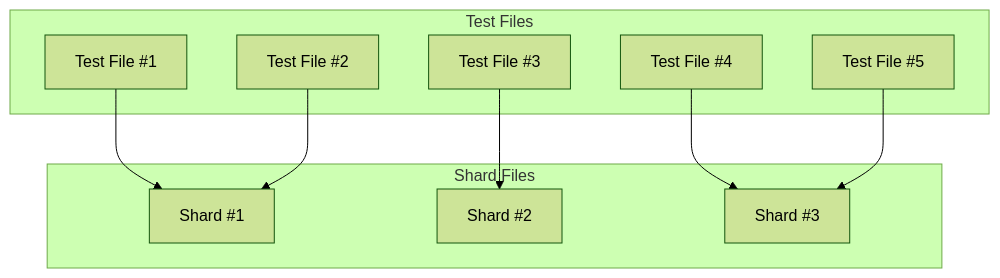
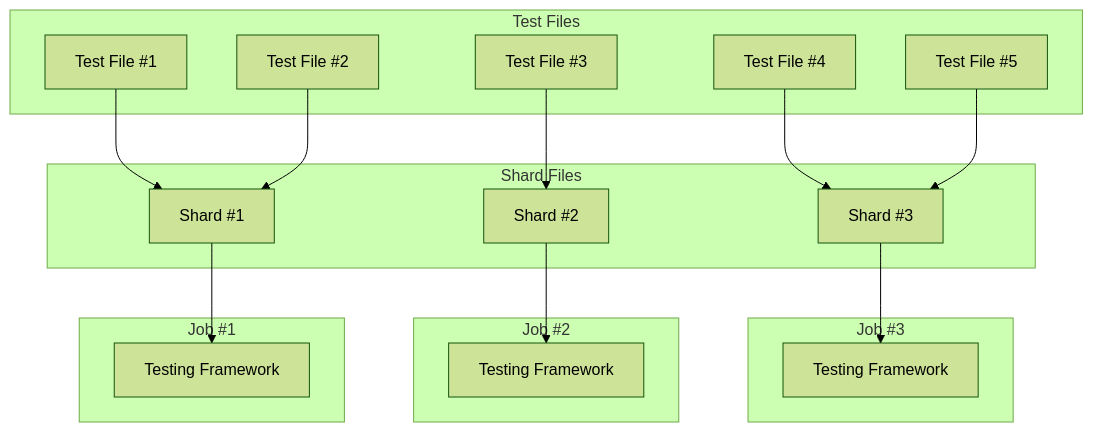
Before and after one commit to int128/parallel-test-action: the first of 3 diagrams in README.md, drawn with Mermaid (forest theme). The commit also changed other lines of this file, not shown here.

````diff
--- a/README.md
+++ b/README.md
@@ -11,20 +11,32 @@
 ```mermaid
 graph TB
   subgraph Test Files
     TF1[Test File #1]
     TF2[Test File #2]
     TF3[Test File #3]
     TF4[Test File #4]
     TF5[Test File #5]
   end
   subgraph Shard Files
     S1[Shard #1]
     S2[Shard #2]
     S3[Shard #3]
   end
+  subgraph J3[Job #3]
+    T3[Testing Framework]
+  end
+  subgraph J2[Job #2]
+    T2[Testing Framework]
+  end
+  subgraph J1[Job #1]
+    T1[Testing Framework]
+  end
   TF1 --> S1
   TF2 --> S1
   TF3 --> S2
   TF4 --> S3
   TF5 --> S3
+  S1 --> T1
+  S2 --> T2
+  S3 --> T3
 ```
````
